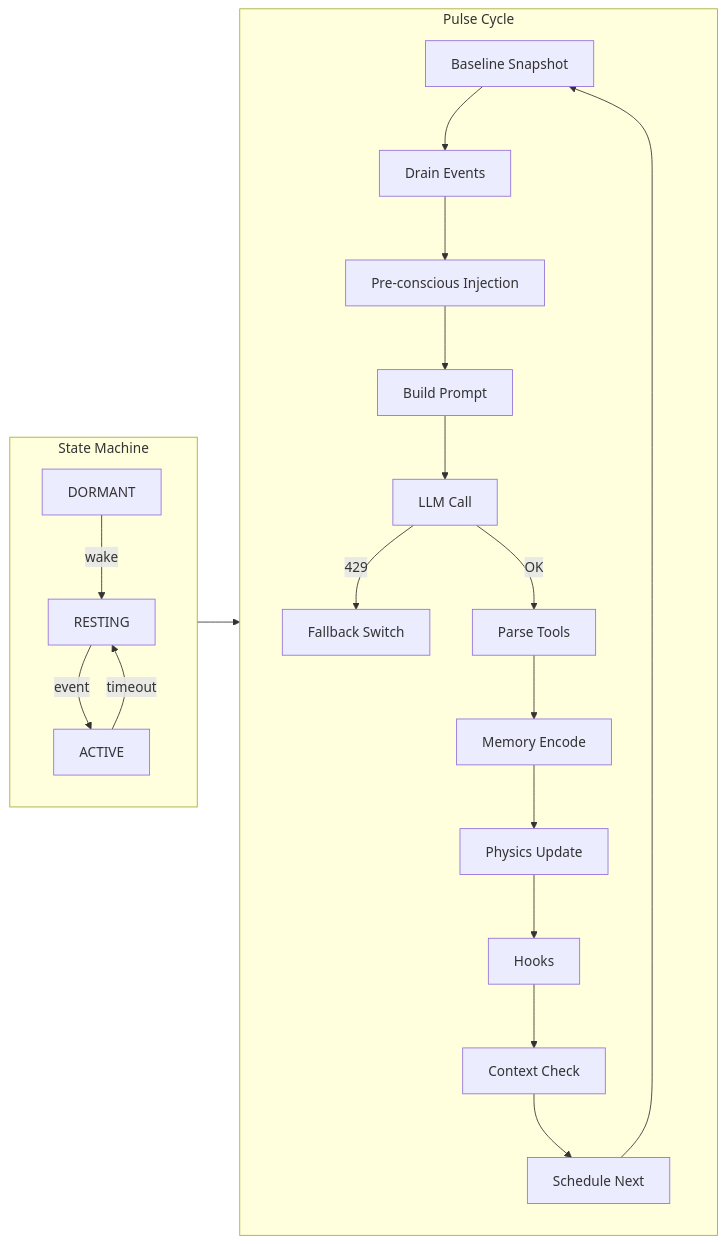
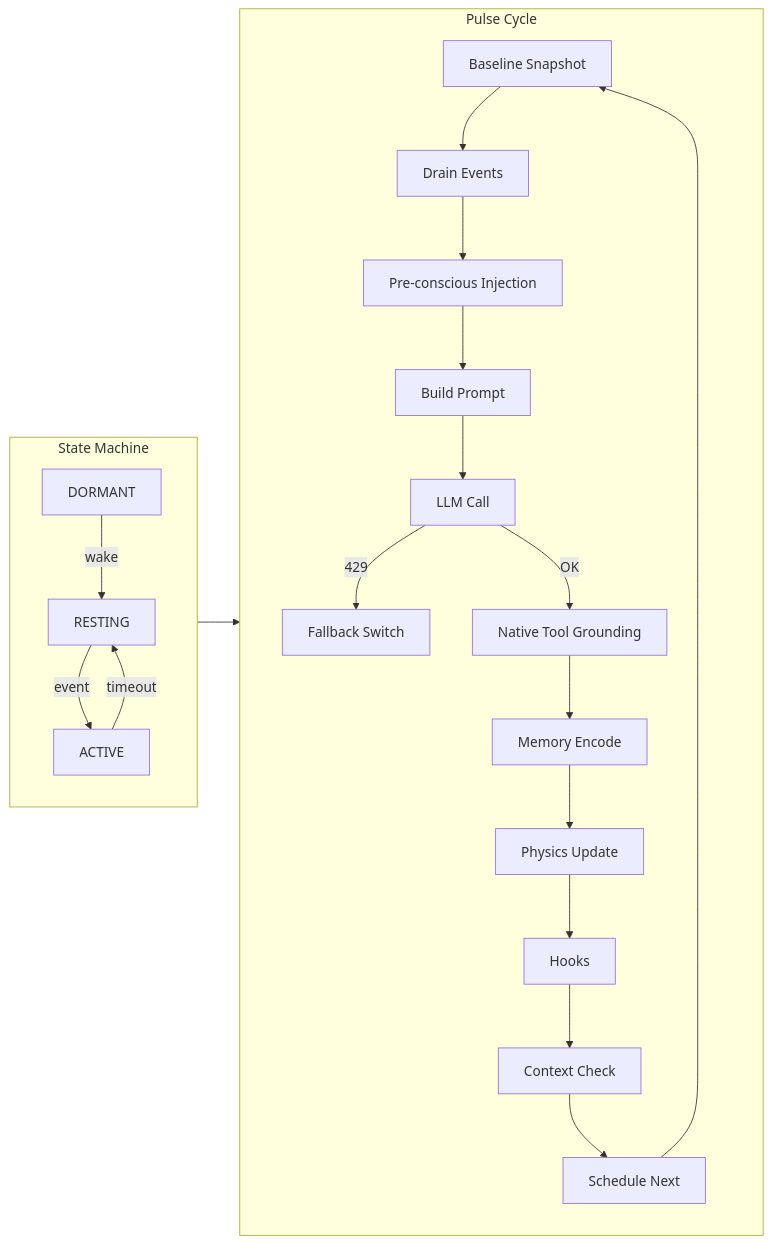
Before and after one commit to munch2u-a11y/Helix-AGI: the second of 2 diagrams in documents/pulse_workflow_audit.md, drawn with Mermaid. The commit also changed other lines of this file and 12 other files, not shown here.

````diff
--- a/documents/pulse_workflow_audit.md
+++ b/documents/pulse_workflow_audit.md
@@ -153,23 +153,23 @@
 ```mermaid
 flowchart LR
     subgraph StateMachine[State Machine]
         D[DORMANT] -->|wake| R[RESTING]
         R -->|event| A[ACTIVE]
         A -->|timeout| R
     end
     subgraph PulseCycle[Pulse Cycle]
         S1[Baseline Snapshot] --> S2[Drain Events]
         S2 --> S3[Pre‑conscious Injection]
         S3 --> S4[Build Prompt]
         S4 --> S5[LLM Call]
         S5 -->|429| F[Fallback Switch]
-        S5 -->|OK| P[Parse Tools]
+        S5 -->|OK| P[Native Tool Grounding]
         P --> M[Memory Encode]
         M --> Ph[Physics Update]
         Ph --> H[Hooks]
         H --> C[Context Check]
         C --> N[Schedule Next]
         N --> S1
     end
     StateMachine --> PulseCycle
 ```
````
